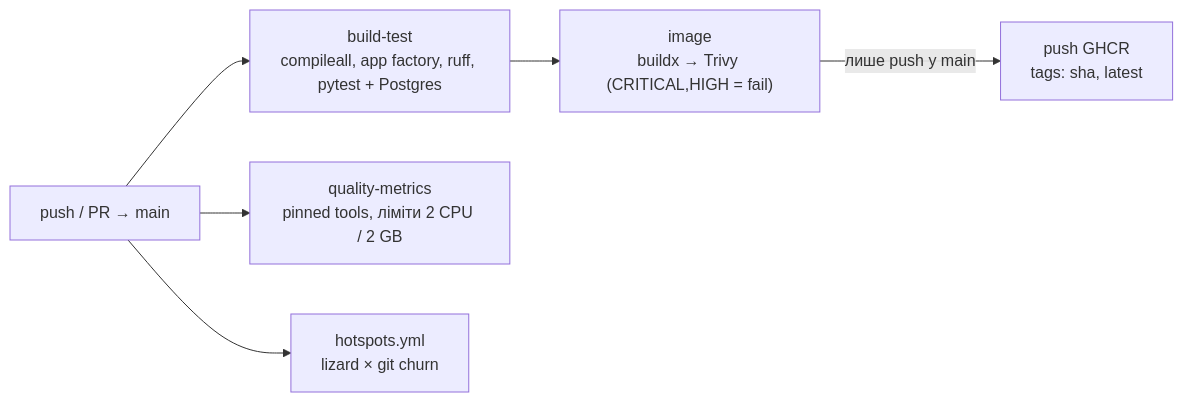
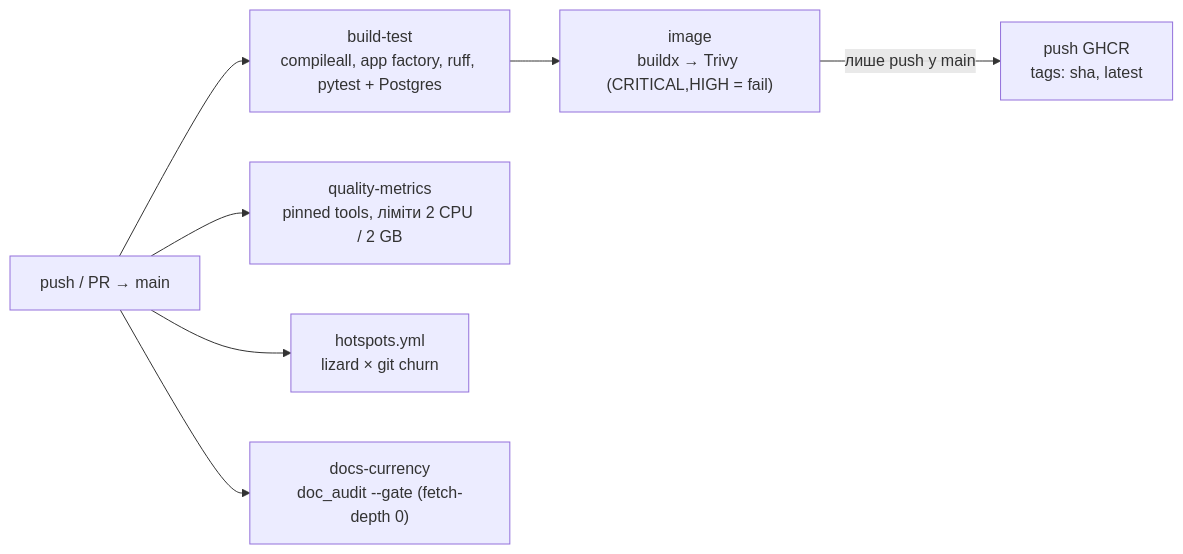
Before and after one commit to NazarFrazovir/Curs_Project: the second of 2 diagrams in docs/isd.md, drawn with Mermaid. The commit also changed other lines of this file and 8 other files, not shown here.

First line of the commit message:
docs(handover): handover package, Bus Factor declaration, docs-currency CI gate

````diff
--- a/docs/isd.md
+++ b/docs/isd.md
@@ -96,8 +96,9 @@
 ```mermaid
 flowchart LR
   push["push / PR → main"] --> bt["build-test<br/>compileall, app factory, ruff, pytest + Postgres"]
   push --> qm["quality-metrics<br/>pinned tools, ліміти 2 CPU / 2 GB"]
   bt --> img["image<br/>buildx → Trivy (CRITICAL,HIGH = fail)"]
   img -->|"лише push у main"| pub["push GHCR<br/>tags: sha, latest"]
   push --> hs["hotspots.yml<br/>lizard × git churn"]
+  push --> dc["docs-currency<br/>doc_audit --gate (fetch-depth 0)"]
 ```
````
